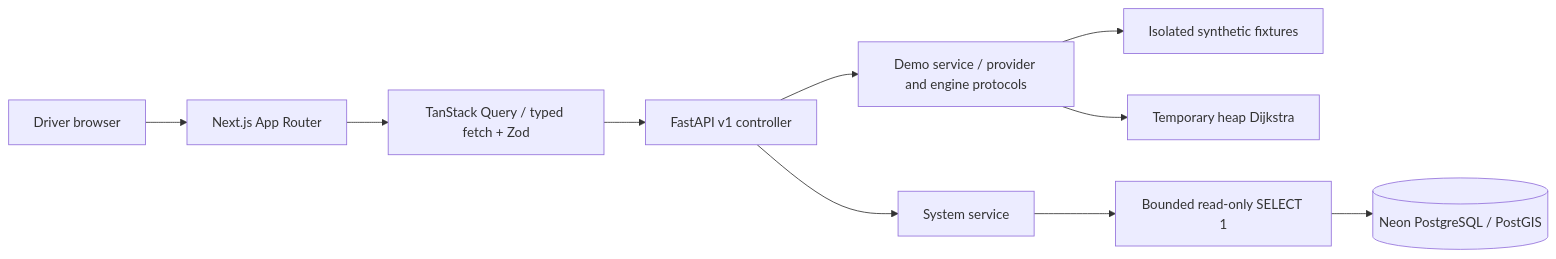
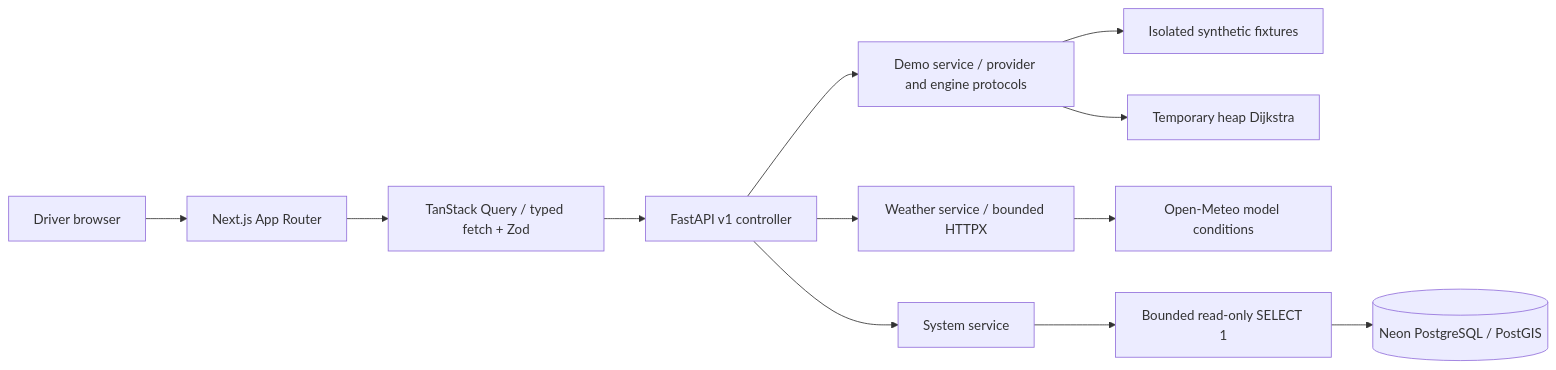
The diagram in docs/ARCHITECTURE.md (anasnasuhaaa/hydro-gig), drawn with Mermaid before and after one commit. The commit also changed other lines of this file and 9 other files, not shown here.

````diff
--- a/docs/ARCHITECTURE.md
+++ b/docs/ARCHITECTURE.md
@@ -7,12 +7,14 @@
 ```mermaid
 flowchart LR
   Driver[Driver browser] --> UI[Next.js App Router]
   UI --> Query[TanStack Query / typed fetch + Zod]
   Query --> API[FastAPI v1 controller]
   API --> Demo[Demo service / provider and engine protocols]
   Demo --> Fixtures[Isolated synthetic fixtures]
   Demo --> Routing[Temporary heap Dijkstra]
+  API --> Weather[Weather service / bounded HTTPX]
+  Weather --> OpenMeteo[Open-Meteo model conditions]
   API --> Service[System service]
   Service --> Probe[Bounded read-only SELECT 1]
   Probe --> DB[(Neon PostgreSQL / PostGIS)]
 ```
````
